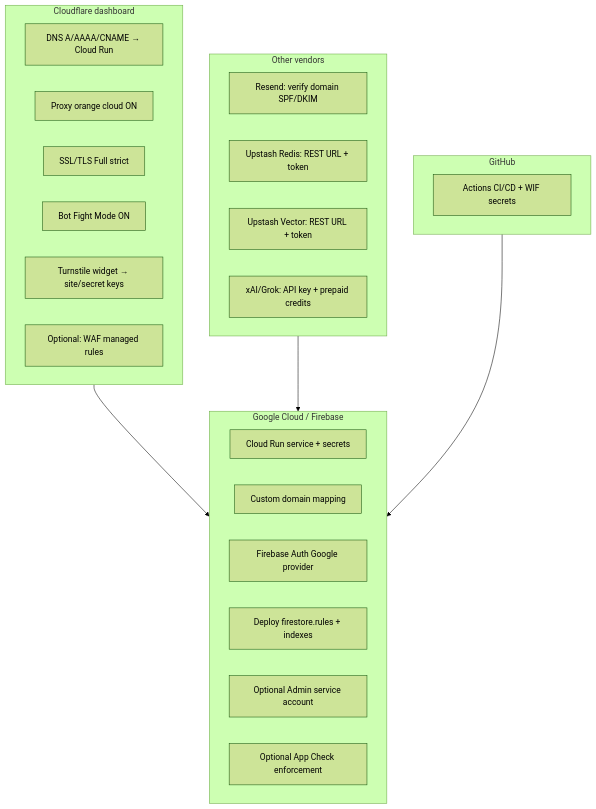
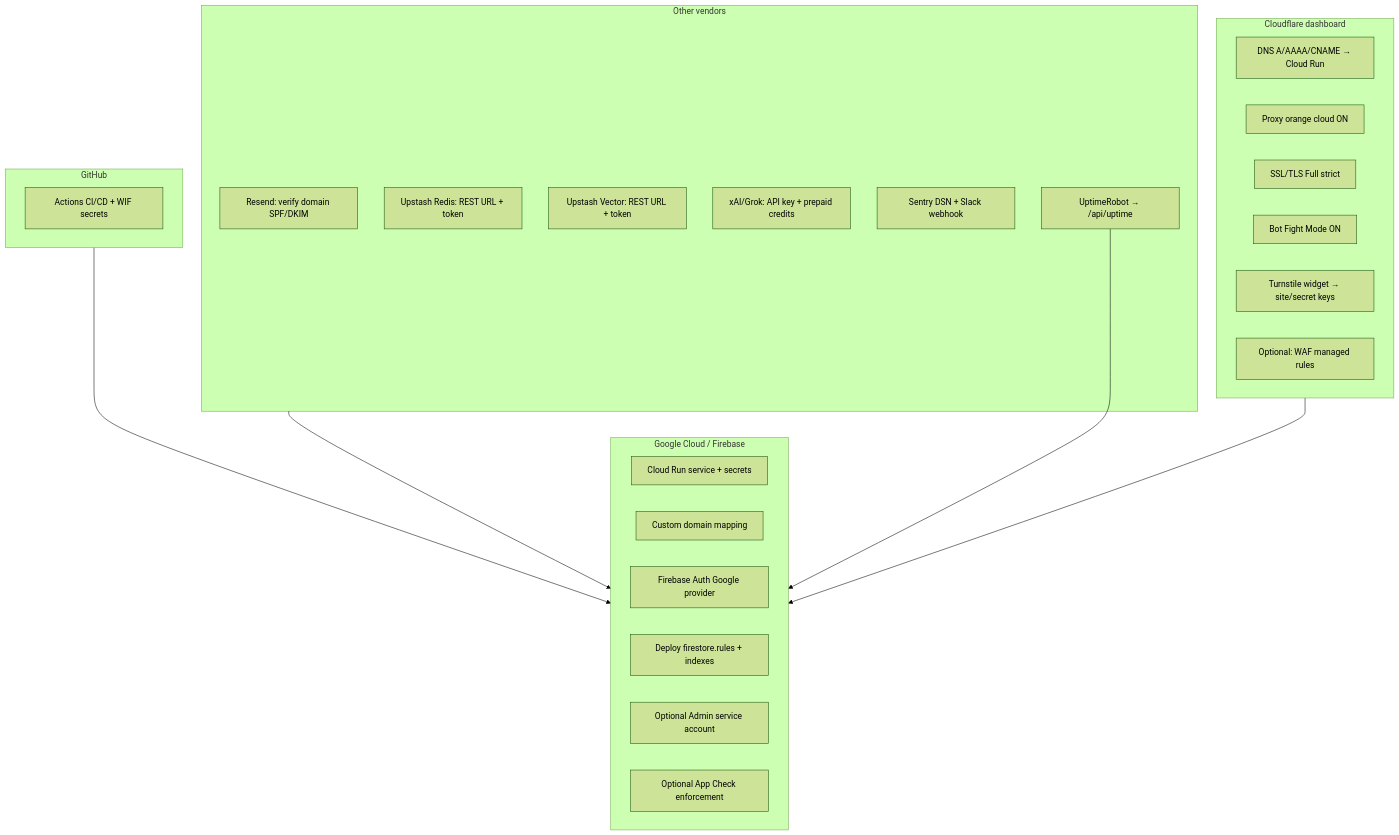
One commit to mosufyan/sufyan-portfolio changed the fourth of 5 diagrams in docs/EXTERNAL_TOOLS_AND_COSTS.md. Above: the diagram before and after it, drawn with Mermaid (forest theme). The commit also changed other lines of this file and 11 other files, not shown here.

````diff
--- a/docs/EXTERNAL_TOOLS_AND_COSTS.md
+++ b/docs/EXTERNAL_TOOLS_AND_COSTS.md
@@ -358,35 +398,38 @@
 ```mermaid
 flowchart TD
   subgraph Cloudflare["Cloudflare dashboard"]
     D1[DNS A/AAAA/CNAME → Cloud Run]
     D2[Proxy orange cloud ON]
     D3[SSL/TLS Full strict]
     D4[Bot Fight Mode ON]
     D5[Turnstile widget → site/secret keys]
     D6[Optional: WAF managed rules]
   end
 
   subgraph GCP["Google Cloud / Firebase"]
     G1[Cloud Run service + secrets]
     G2[Custom domain mapping]
     G3[Firebase Auth Google provider]
     G4[Deploy firestore.rules + indexes]
     G5[Optional Admin service account]
     G6[Optional App Check enforcement]
   end
 
   subgraph Vendors["Other vendors"]
     V1[Resend: verify domain SPF/DKIM]
     V2[Upstash Redis: REST URL + token]
     V3[Upstash Vector: REST URL + token]
     V4[xAI/Grok: API key + prepaid credits]
+    V5[Sentry DSN + Slack webhook]
+    V6[UptimeRobot → /api/uptime]
   end
 
   subgraph GitHub["GitHub"]
     H1[Actions CI/CD + WIF secrets]
   end
 
   Cloudflare --> GCP
   Vendors --> GCP
   GitHub --> GCP
+  V6 --> GCP
 ```
````
